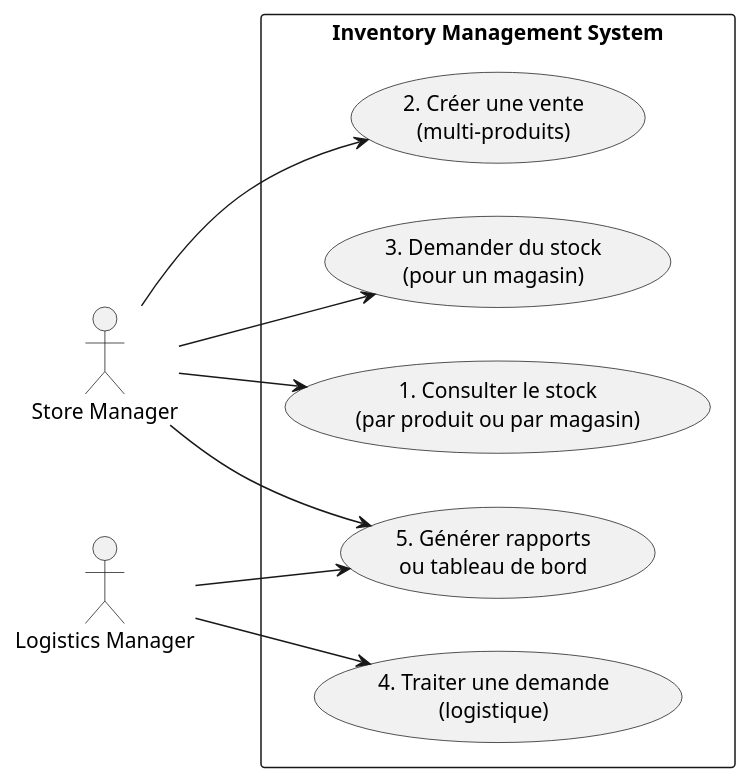
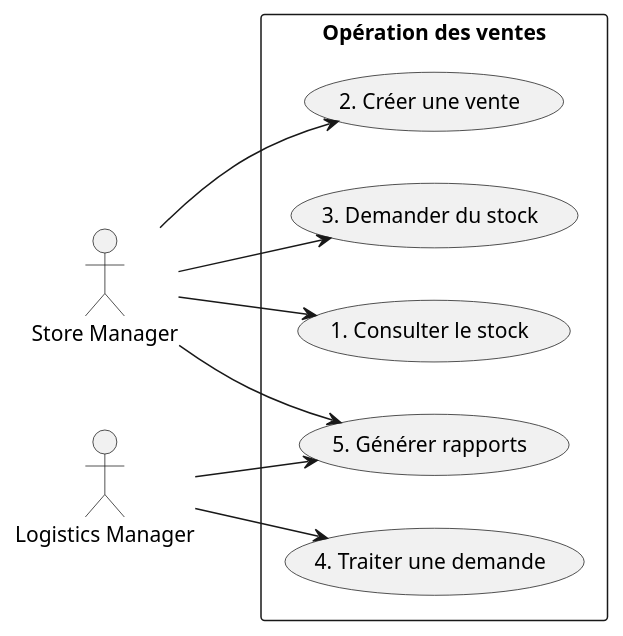
One commit to sirineao/LAB02_LOG430_AOUDJ changed the diagram in docs/usecase.puml. Above: the diagram before and after it, drawn with PlantUML. The commit also changed 3 other files, not shown here.

Commit message:
fix diagrams and update readme

```diff
--- a/docs/usecase.puml
+++ b/docs/usecase.puml
@@ -1,23 +1,23 @@
 @startuml
 left to right direction
 skinparam packageStyle rectangle
 
 actor "Store Manager" as StoreManager
 actor "Logistics Manager" as LogisticsManager
 
-rectangle "Inventory Management System" {
-  usecase "1. Consulter le stock\n(par produit ou par magasin)" as UC1
-  usecase "2. Créer une vente\n(multi-produits)" as UC2
-  usecase "3. Demander du stock\n(pour un magasin)" as UC3
-  usecase "4. Traiter une demande\n(logistique)" as UC4
-  usecase "5. Générer rapports\nou tableau de bord" as UC5
+rectangle "Opération des ventes" {
+  usecase "1. Consulter le stock" as UC1
+  usecase "2. Créer une vente" as UC2
+  usecase "3. Demander du stock" as UC3
+  usecase "4. Traiter une demande" as UC4
+  usecase "5. Générer rapports" as UC5
 }
 
 StoreManager --> UC1
 StoreManager --> UC2
 StoreManager --> UC3
 StoreManager --> UC5
 
 LogisticsManager --> UC4
 LogisticsManager --> UC5
 @enduml
```
